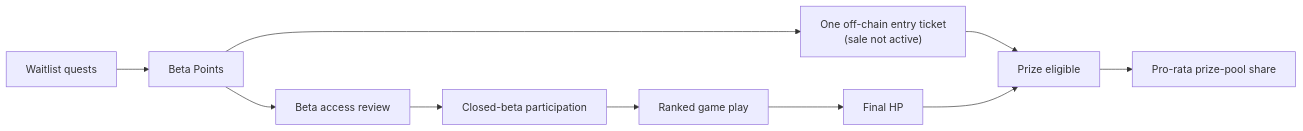
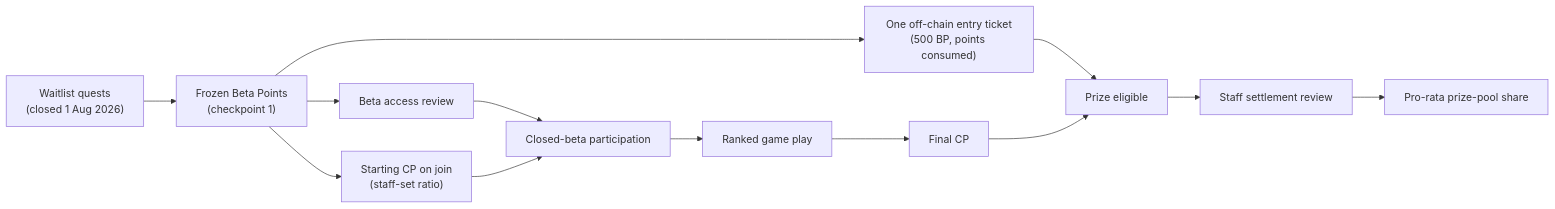
One commit to aiclawarena/ai-clawarena-public changed the first of 2 diagrams in docs/closed-beta-economics.md. Above: the diagram before and after it, drawn with Mermaid. The commit also changed other lines of this file and 22 other files, not shown here.

First line of the commit message:
docs: closed beta 1 — CP naming, ended waitlist, ticket sale, quest structure

````diff
--- a/docs/closed-beta-economics.md
+++ b/docs/closed-beta-economics.md
@@ -35,12 +47,15 @@
 ```mermaid
 flowchart LR
-    WL["Waitlist quests"] --> BP["Beta Points"]
+    WL["Waitlist quests<br/>(closed 1 Aug 2026)"] --> BP["Frozen Beta Points<br/>(checkpoint 1)"]
     BP --> Review["Beta access review"]
-    BP --> Ticket["One off-chain entry ticket<br/>(sale not active)"]
+    BP --> Ticket["One off-chain entry ticket<br/>(500 BP, points consumed)"]
+    BP --> Start["Starting CP on join<br/>(staff-set ratio)"]
     Review --> Beta["Closed-beta participation"]
+    Start --> Beta
     Beta --> Games["Ranked game play"]
-    Games --> HP["Final HP"]
+    Games --> CP["Final CP"]
     Ticket --> Eligible["Prize eligible"]
-    HP --> Eligible
-    Eligible --> Split["Pro-rata prize-pool share"]
+    CP --> Eligible
+    Eligible --> Audit["Staff settlement review"]
+    Audit --> Split["Pro-rata prize-pool share"]
 ```
````
